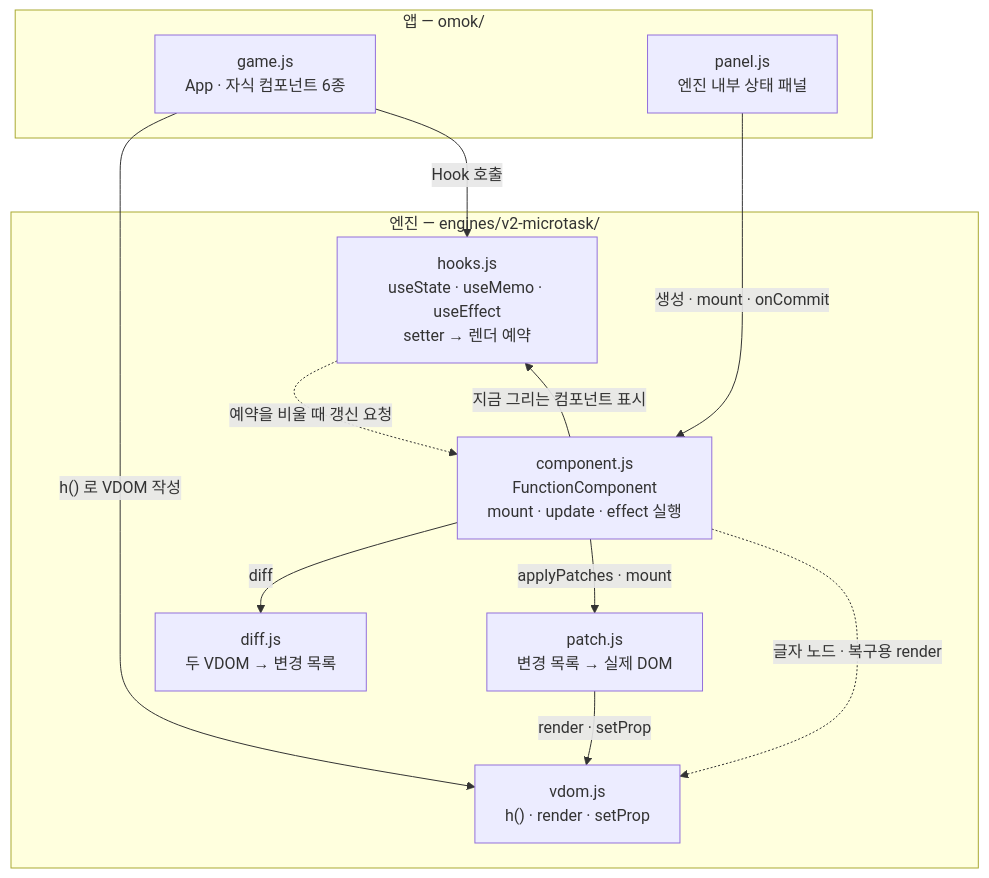
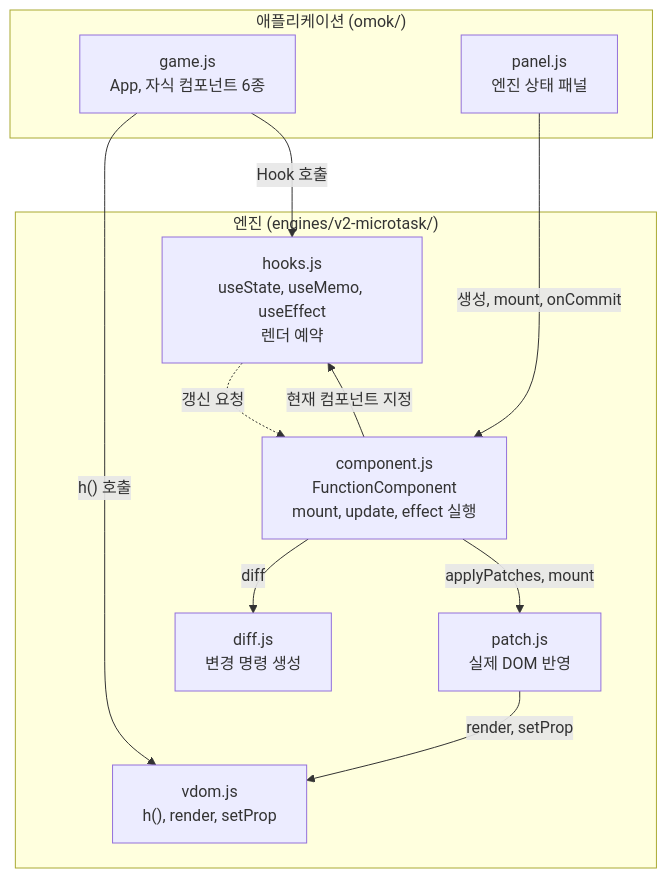
One commit to Jongeume/mini-react changed the first of 2 diagrams in README.md. Above: the diagram before and after it, drawn with Mermaid. The commit also changed other lines of this file and 1 other file, not shown here.

````diff
--- a/README.md
+++ b/README.md
@@ -30,25 +58,24 @@
 ```mermaid
 flowchart TB
-  subgraph APP["앱 — omok/"]
-    GAME["game.js<br/>App · 자식 컴포넌트 6종"]
-    PANEL["panel.js<br/>엔진 내부 상태 패널"]
+  subgraph APP["애플리케이션 (omok/)"]
+    GAME["game.js<br/>App, 자식 컴포넌트 6종"]
+    PANEL["panel.js<br/>엔진 상태 패널"]
   end
 
-  subgraph ENGINE["엔진 — engines/v2-microtask/"]
-    HOOKS["hooks.js<br/>useState · useMemo · useEffect<br/>setter → 렌더 예약"]
-    COMP["component.js<br/>FunctionComponent<br/>mount · update · effect 실행"]
-    VDOM["vdom.js<br/>h() · render · setProp"]
-    DIFF["diff.js<br/>두 VDOM → 변경 목록"]
-    PATCH["patch.js<br/>변경 목록 → 실제 DOM"]
+  subgraph ENGINE["엔진 (engines/v2-microtask/)"]
+    HOOKS["hooks.js<br/>useState, useMemo, useEffect<br/>렌더 예약"]
+    COMP["component.js<br/>FunctionComponent<br/>mount, update, effect 실행"]
+    VDOM["vdom.js<br/>h(), render, setProp"]
+    DIFF["diff.js<br/>변경 명령 생성"]
+    PATCH["patch.js<br/>실제 DOM 반영"]
   end
 
-  GAME -->|"h() 로 VDOM 작성"| VDOM
+  GAME -->|"h() 호출"| VDOM
   GAME -->|"Hook 호출"| HOOKS
-  PANEL -->|"생성 · mount · onCommit"| COMP
-  HOOKS -.->|"예약을 비울 때 갱신 요청"| COMP
-  COMP -->|"지금 그리는 컴포넌트 표시"| HOOKS
+  PANEL -->|"생성, mount, onCommit"| COMP
+  HOOKS -.->|"갱신 요청"| COMP
+  COMP -->|"현재 컴포넌트 지정"| HOOKS
   COMP -->|"diff"| DIFF
-  COMP -->|"applyPatches · mount"| PATCH
-  COMP -.->|"글자 노드 · 복구용 render"| VDOM
-  PATCH -->|"render · setProp"| VDOM
+  COMP -->|"applyPatches, mount"| PATCH
+  PATCH -->|"render, setProp"| VDOM
 ```
````
